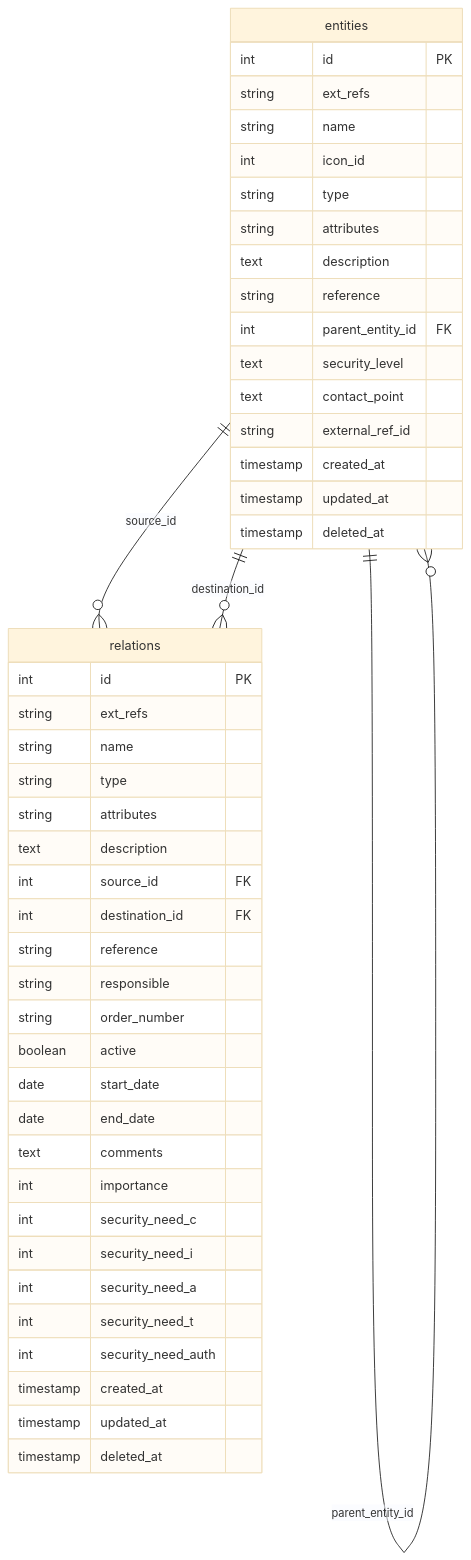
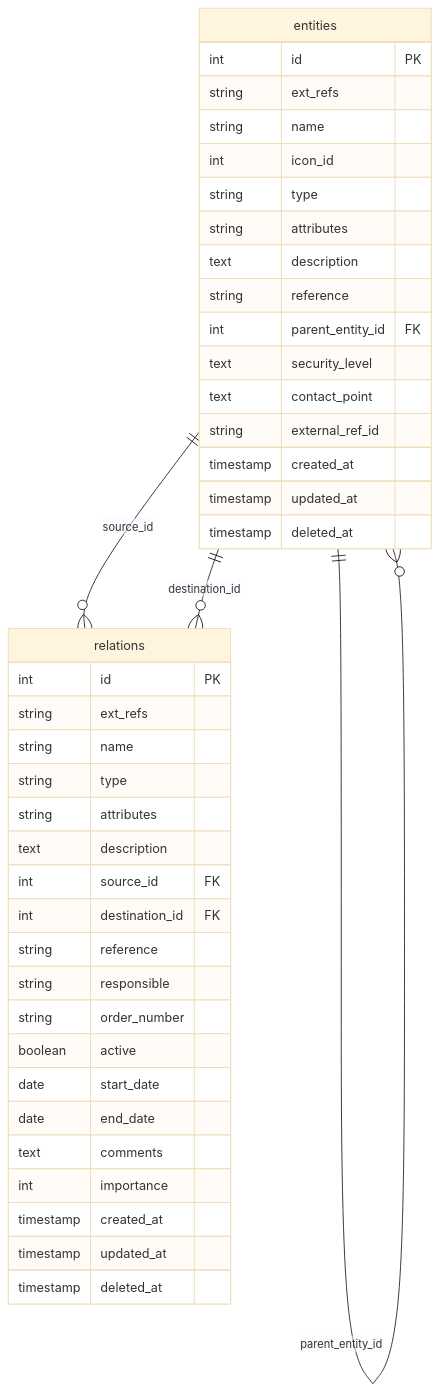
Before and after one commit to sourcentis/mercator: the second of 8 diagrams in docs/model.fr.md, drawn with Mermaid (base theme). The commit also changed other lines of this file and 4 other files, not shown here.

Commit message:
fix: drop orphan security need columns from relations (#2784)

````diff
--- a/docs/model.fr.md
+++ b/docs/model.fr.md
@@ -145,50 +145,45 @@
 ```mermaid
 erDiagram
     entities {
         int id PK
         string ext_refs
         string name
         int icon_id
         string type
         string attributes
         text description
         string reference
         int parent_entity_id FK
         text security_level
         text contact_point
         string external_ref_id
         timestamp created_at
         timestamp updated_at
         timestamp deleted_at
     }
     relations {
         int id PK
         string ext_refs
         string name
         string type
         string attributes
         text description
         int source_id FK
         int destination_id FK
         string reference
         string responsible
         string order_number
         boolean active
         date start_date
         date end_date
         text comments
         int importance
-        int security_need_c
-        int security_need_i
-        int security_need_a
-        int security_need_t
-        int security_need_auth
         timestamp created_at
         timestamp updated_at
         timestamp deleted_at
     }
 
     entities ||--o{ entities : "parent_entity_id"
     entities ||--o{ relations : "source_id"
     entities ||--o{ relations : "destination_id"
 ```
````
